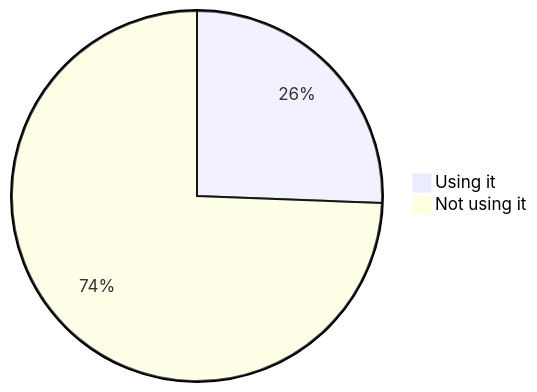
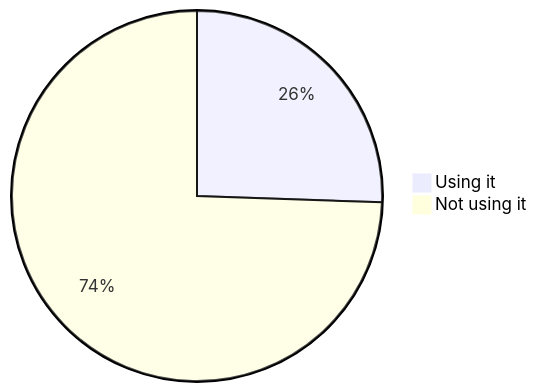
Before and after one commit to oshp/oshp-stats: diagram 15 of 22 in stats.md, drawn with Mermaid. The commit also changed other lines of this file, not shown here.

````diff
--- a/stats.md
+++ b/stats.md
@@ -178,6 +178,6 @@
 ```mermaid
 pie
-	"Using it" : 25.6
-	"Not using it" : 74.4
+	"Using it" : 25.54
+	"Not using it" : 74.46
 
 ```
````
